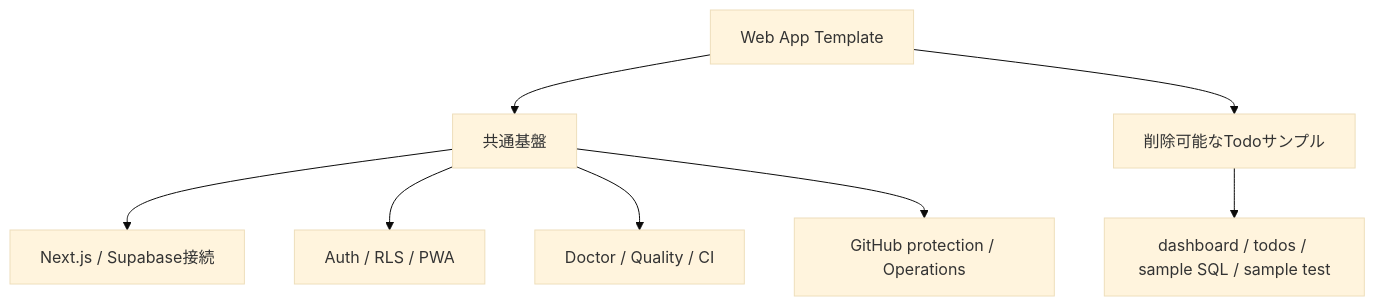
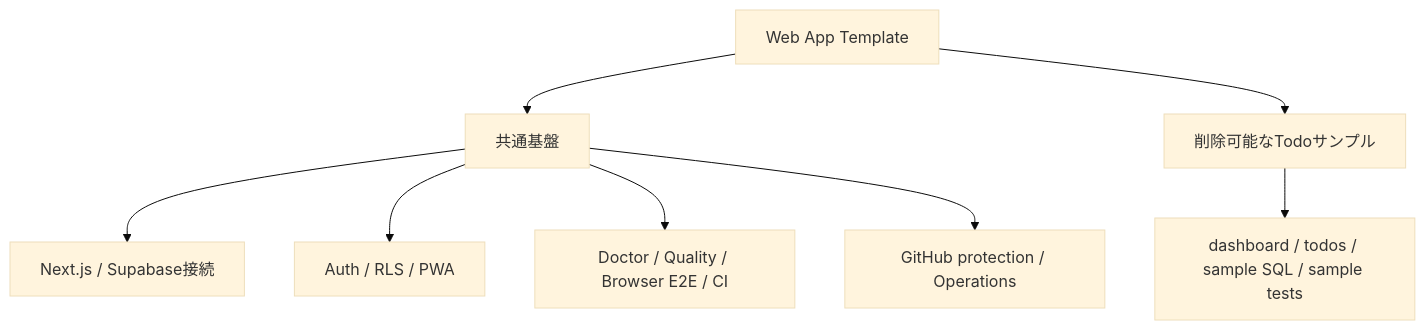
One commit to k-systems202208/nextjs-supabase-vercel-webapp-template changed the second of 4 diagrams in README.md. Above: the diagram before and after it, drawn with Mermaid (base theme). The commit also changed other lines of this file and 20 other files, not shown here.

````diff
--- a/README.md
+++ b/README.md
@@ -58,10 +60,10 @@
 ```mermaid
 flowchart TD
     T["Web App Template"] --> K["共通基盤"]
     T --> S["削除可能なTodoサンプル"]
     K --> K1["Next.js / Supabase接続"]
     K --> K2["Auth / RLS / PWA"]
-    K --> K3["Doctor / Quality / CI"]
+    K --> K3["Doctor / Quality / Browser E2E / CI"]
     K --> K4["GitHub protection / Operations"]
-    S --> S1["dashboard / todos / sample SQL / sample test"]
+    S --> S1["dashboard / todos / sample SQL / sample tests"]
 ```
````
